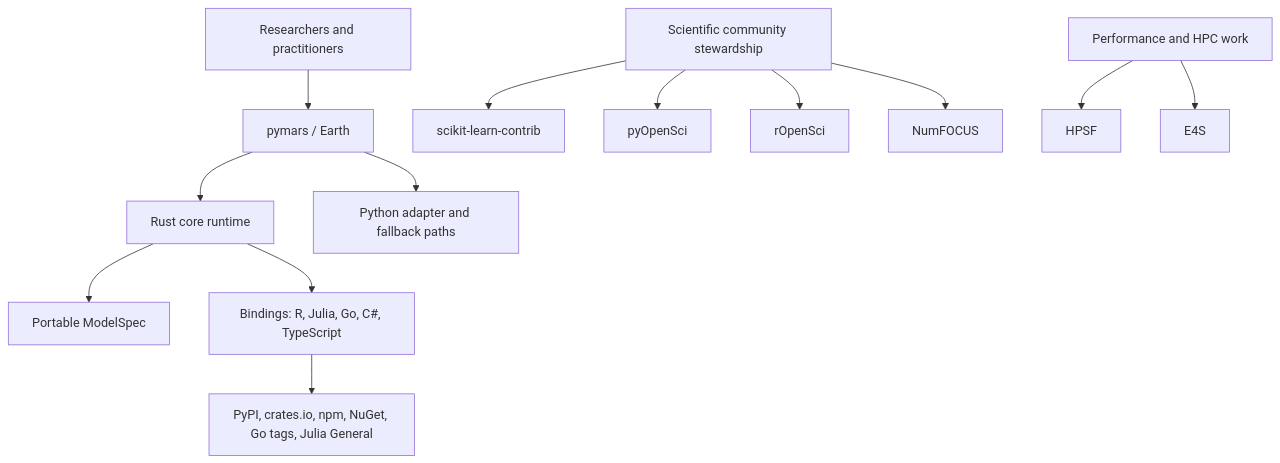
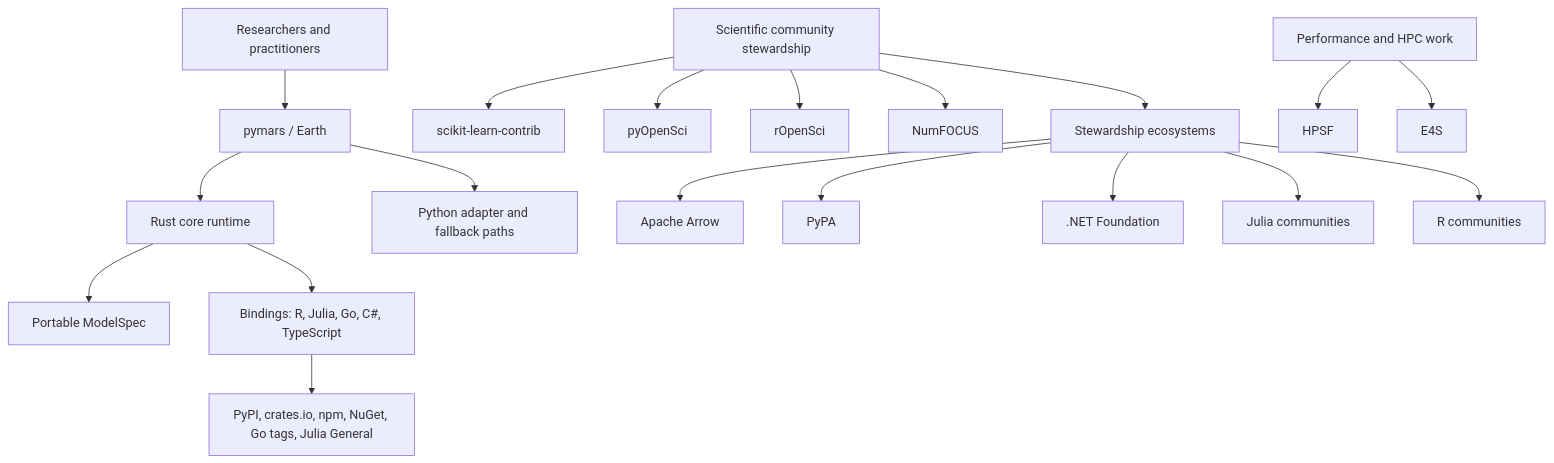
The first of 2 diagrams in docs/scientific_stewardship_and_hpc_roadmap.md (edithatogo/mars), drawn with Mermaid before and after one commit. The commit also changed other lines of this file and 12 other files, not shown here.

````diff
--- a/docs/scientific_stewardship_and_hpc_roadmap.md
+++ b/docs/scientific_stewardship_and_hpc_roadmap.md
@@ -10,15 +10,21 @@
 ```mermaid
 graph TD
     Users[Researchers and practitioners] --> PythonAPI[pymars / Earth]
     PythonAPI --> RustCore[Rust core runtime]
     PythonAPI --> PythonFallback[Python adapter and fallback paths]
     RustCore --> PortableSpec[Portable ModelSpec]
     RustCore --> Polyglot[Bindings: R, Julia, Go, C#, TypeScript]
     Polyglot --> Registries[PyPI, crates.io, npm, NuGet, Go tags, Julia General]
     Community[Scientific community stewardship] --> SKC[scikit-learn-contrib]
     Community --> PyOS[pyOpenSci]
     Community --> RO[rOpenSci]
     Community --> NF[NumFOCUS]
+    Community --> SE[Stewardship ecosystems]
+    SE --> Arrow[Apache Arrow]
+    SE --> PyPA[PyPA]
+    SE --> DotNet[.NET Foundation]
+    SE --> Julia[Julia communities]
+    SE --> Rcomm[R communities]
     HPC[Performance and HPC work] --> HPSF[HPSF]
     HPC --> E4S[E4S]
 ```
````
